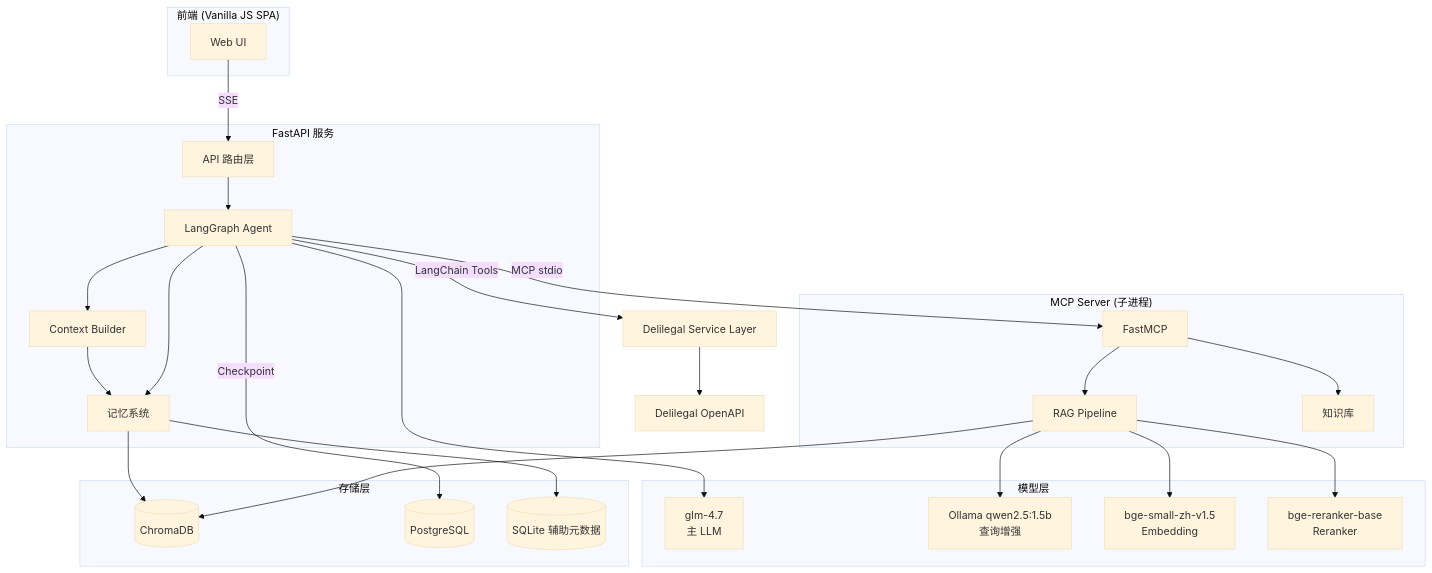
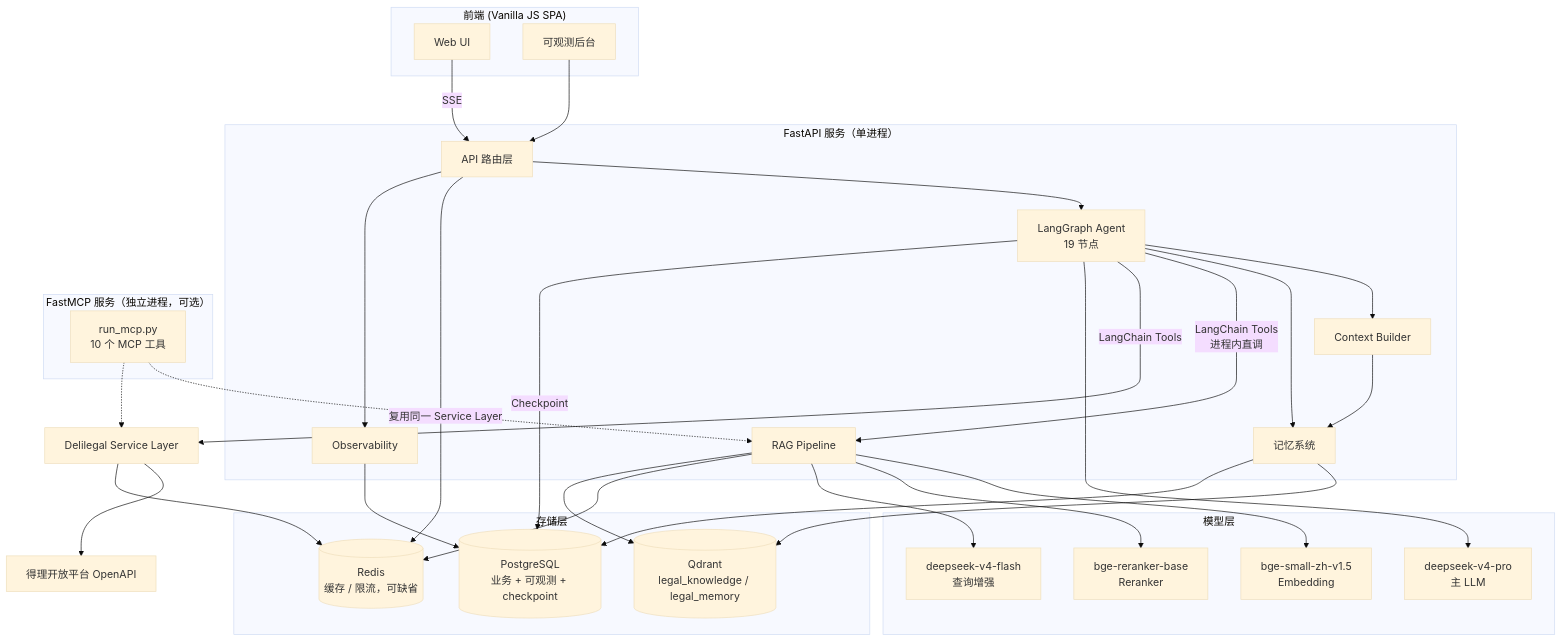
The first of 3 diagrams in docs/guide/architecture.md (uuo00n/lexcore-legal-agent), drawn with Mermaid (base theme) before and after one commit. The commit also changed other lines of this file and 28 other files, not shown here.

````diff
--- a/docs/guide/architecture.md
+++ b/docs/guide/architecture.md
@@ -5,51 +5,58 @@
 ```mermaid
 graph TB
     subgraph Client["前端 (Vanilla JS SPA)"]
         UI[Web UI]
+        ADMIN[可观测后台]
     end
 
-    subgraph Server["FastAPI 服务"]
+    subgraph Server["FastAPI 服务（单进程）"]
         API[API 路由层]
-        LG[LangGraph Agent]
+        LG[LangGraph Agent<br/>19 节点]
         CTX[Context Builder]
         MEM[记忆系统]
+        RAG[RAG Pipeline]
+        OBS[Observability]
     end
 
-    subgraph MCP["MCP Server (子进程)"]
-        MCPS[FastMCP]
-        RAG[RAG Pipeline]
-        KB[知识库]
+    subgraph MCPProc["FastMCP 服务（独立进程，可选）"]
+        MCPS[run_mcp.py<br/>10 个 MCP 工具]
     end
 
     subgraph Models["模型层"]
-        DS[glm-4.7<br/>主 LLM]
-        OL[Ollama qwen2.5:1.5b<br/>查询增强]
+        DS[deepseek-v4-pro<br/>主 LLM]
+        FL[deepseek-v4-flash<br/>查询增强]
         EMB[bge-small-zh-v1.5<br/>Embedding]
         RR[bge-reranker-base<br/>Reranker]
     end
 
     subgraph Storage["存储层"]
-        CHROMA[(ChromaDB)]
-        POSTGRES[(PostgreSQL)]
-        SQLITE[(SQLite 辅助元数据)]
+        QDRANT[(Qdrant<br/>legal_knowledge / legal_memory)]
+        PG[(PostgreSQL<br/>业务 + 可观测 + checkpoint)]
+        REDIS[(Redis<br/>缓存 / 限流，可缺省)]
     end
 
     UI -->|SSE| API
+    ADMIN --> API
     API --> LG
+    API --> REDIS
+    API --> OBS
     LG --> CTX
     CTX --> MEM
-    LG -->|MCP stdio| MCPS
     LG --> MEM
-    MCPS --> RAG
-    MCPS --> KB
+    LG -->|LangChain Tools<br/>进程内直调| RAG
     LG -->|LangChain Tools| DELI[Delilegal Service Layer]
-    DELI --> OPENAPI[Delilegal OpenAPI]
+    DELI --> OPENAPI[得理开放平台 OpenAPI]
+    DELI --> REDIS
     RAG --> EMB
     RAG --> RR
-    RAG --> OL
+    RAG --> FL
+    RAG --> REDIS
+    RAG --> QDRANT
     LG --> DS
-    MEM --> CHROMA
-    MEM --> SQLITE
-    LG -->|Checkpoint| POSTGRES
-    RAG --> CHROMA
+    MEM --> QDRANT
+    MEM --> PG
+    LG -->|Checkpoint| PG
+    OBS --> PG
+    MCPS -.->|复用同一 Service Layer| RAG
+    MCPS -.-> DELI
 ```
````
